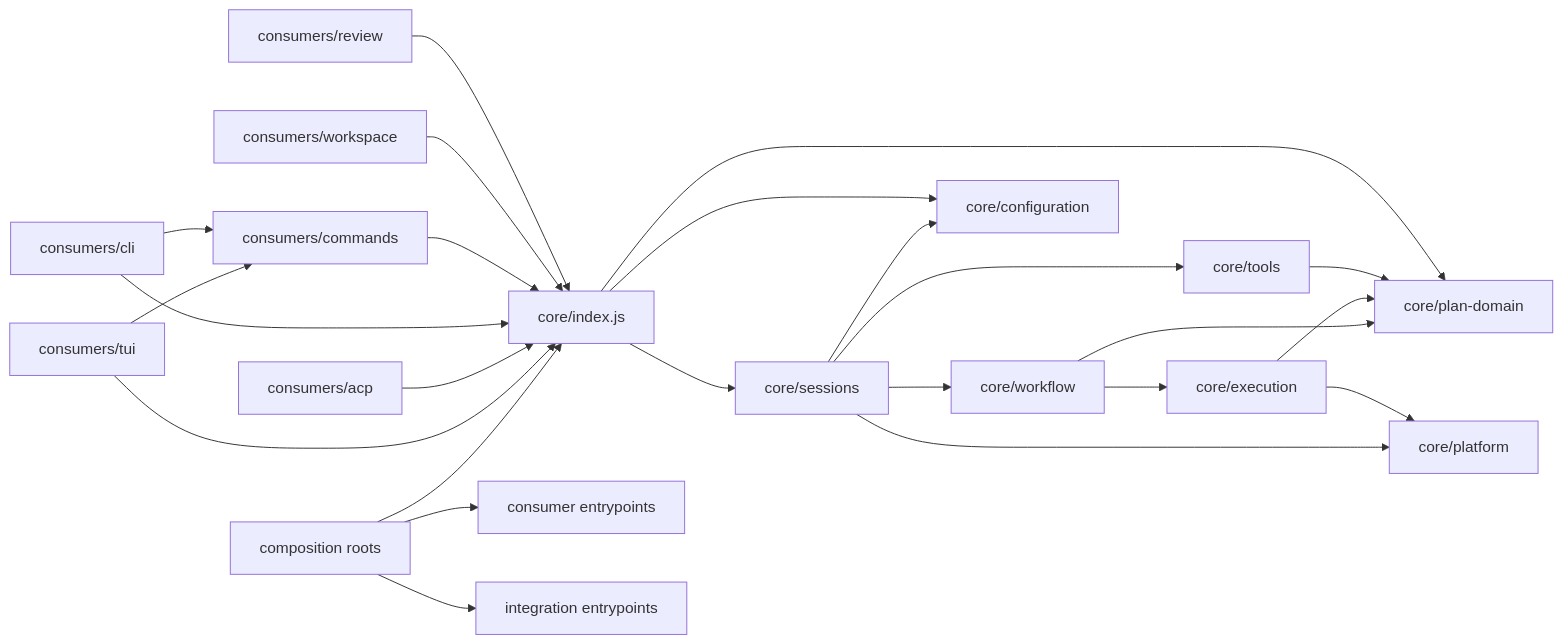
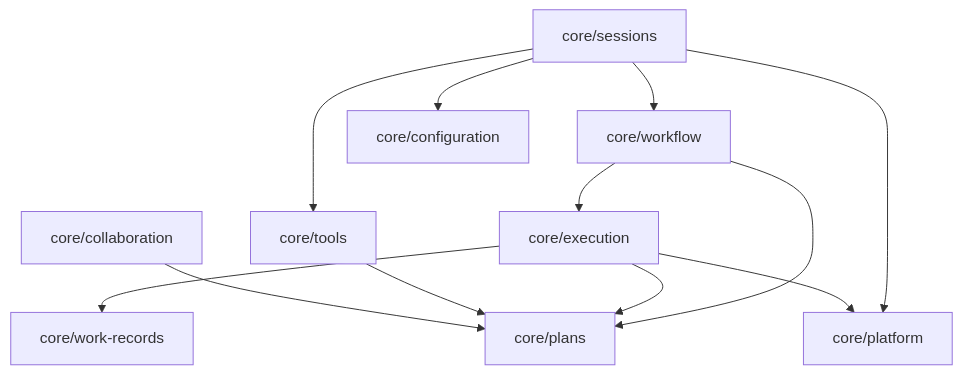
Before and after one commit to gandazgul/runwield: the second of 2 diagrams in docs/plans/deep-semantic-source-modules.md, drawn with Mermaid. The commit also changed other lines of this file and 3 other files, not shown here.

````diff
--- a/docs/plans/deep-semantic-source-modules.md
+++ b/docs/plans/deep-semantic-source-modules.md
@@ -362,30 +278,14 @@
 ```mermaid
-flowchart LR
-    Composition["composition roots"] --> Core["core/index.js"]
-    Composition --> Consumers["consumer entrypoints"]
-    Composition --> Integrations["integration entrypoints"]
-
-    TUI["consumers/tui"] --> Core
-    ACP["consumers/acp"] --> Core
-    CLI["consumers/cli"] --> Core
-    Commands["consumers/commands"] --> Core
-    Workspace["consumers/workspace"] --> Core
-    Review["consumers/review"] --> Core
-
-    TUI --> Commands
-    CLI --> Commands
-
+graph TD
     Sessions["core/sessions"] --> Workflow["core/workflow"]
     Sessions --> Configuration["core/configuration"]
     Sessions --> Tools["core/tools"]
     Sessions --> Platform["core/platform"]
-    Workflow --> PlanDomain["core/plan-domain"]
+    Workflow --> Plans["core/plans"]
     Workflow --> Execution["core/execution"]
-    Execution --> PlanDomain
+    Execution --> Plans
+    Execution --> WorkRecords["core/work-records"]
     Execution --> Platform
-    Tools --> PlanDomain
-
-    Core --> Sessions
-    Core --> PlanDomain
-    Core --> Configuration
+    Tools --> Plans
+    Collaboration["core/collaboration"] --> Plans
 ```
````
